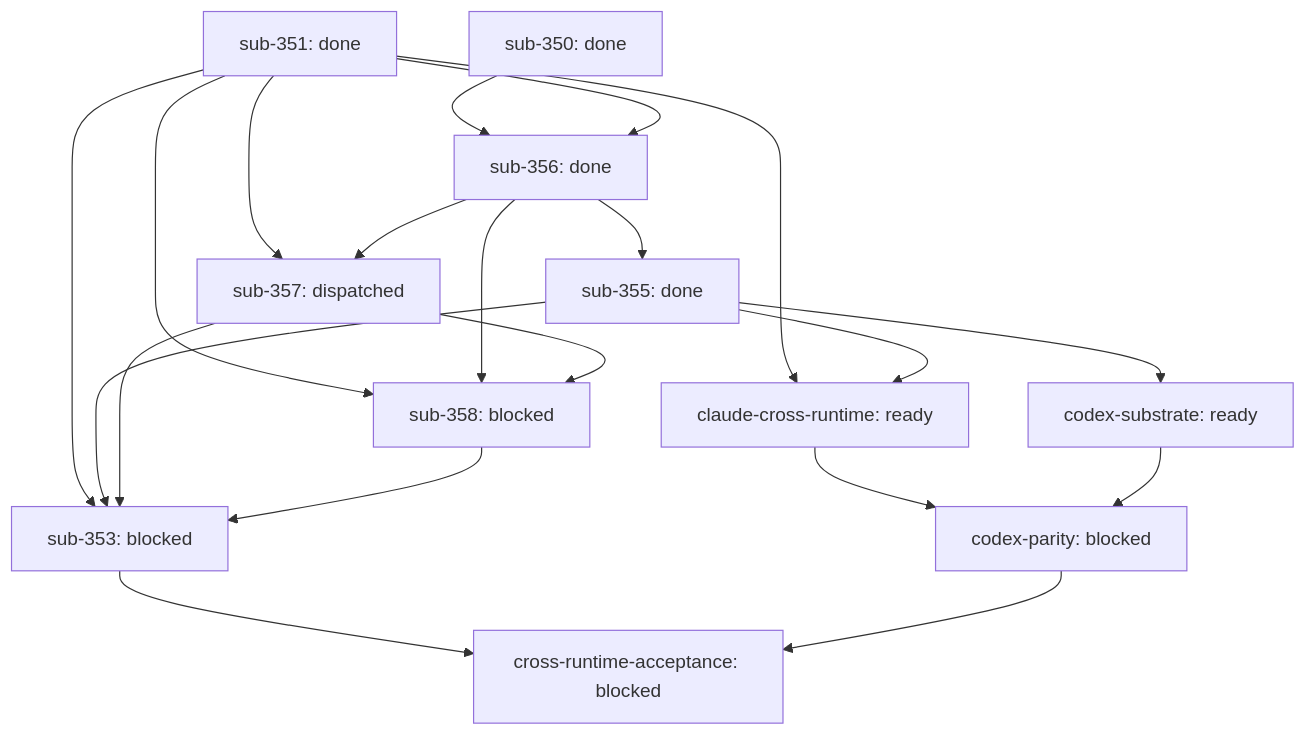
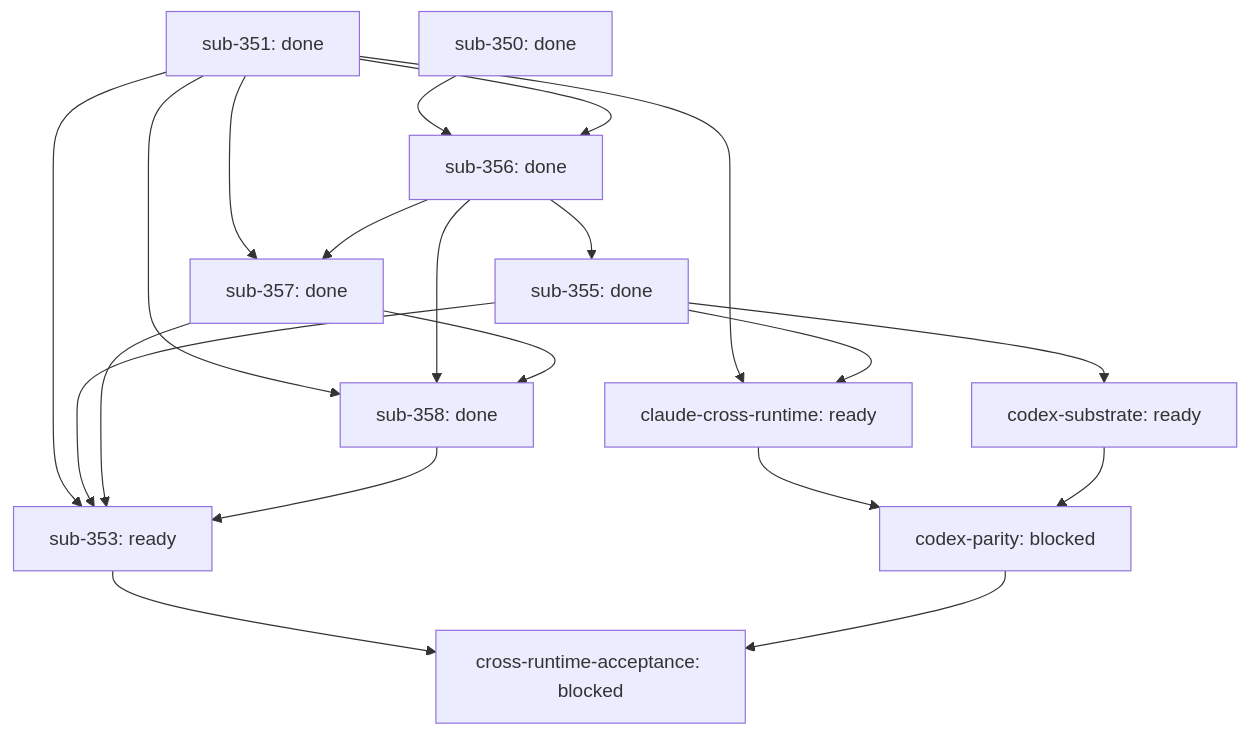
One commit to infiquetra/infiquetra-claude-plugins changed the diagram in docs/outcomes/lease-safe-runtime-continuity/report.md. Above: the diagram before and after it, drawn with Mermaid. The commit also changed other lines of this file and 5 other files, not shown here.

````diff
--- a/docs/outcomes/lease-safe-runtime-continuity/report.md
+++ b/docs/outcomes/lease-safe-runtime-continuity/report.md
@@ -7,33 +7,33 @@
 ```mermaid
 flowchart TD
     sub-350["sub-350: done"]
     sub-351["sub-351: done"]
     sub-356["sub-356: done"]
     sub-355["sub-355: done"]
-    sub-357["sub-357: dispatched"]
-    sub-358["sub-358: blocked"]
+    sub-357["sub-357: done"]
+    sub-358["sub-358: done"]
     claude-cross-runtime["claude-cross-runtime: ready"]
-    sub-353["sub-353: blocked"]
+    sub-353["sub-353: ready"]
     codex-substrate["codex-substrate: ready"]
     codex-parity["codex-parity: blocked"]
     cross-runtime-acceptance["cross-runtime-acceptance: blocked"]
     sub-350 --> sub-356
     sub-351 --> sub-356
     sub-356 --> sub-355
     sub-351 --> sub-357
     sub-356 --> sub-357
     sub-351 --> sub-358
     sub-356 --> sub-358
     sub-357 --> sub-358
     sub-351 --> claude-cross-runtime
     sub-355 --> claude-cross-runtime
     sub-351 --> sub-353
     sub-355 --> sub-353
     sub-357 --> sub-353
     sub-358 --> sub-353
     sub-355 --> codex-substrate
     claude-cross-runtime --> codex-parity
     codex-substrate --> codex-parity
     sub-353 --> cross-runtime-acceptance
     codex-parity --> cross-runtime-acceptance
 ```
````
